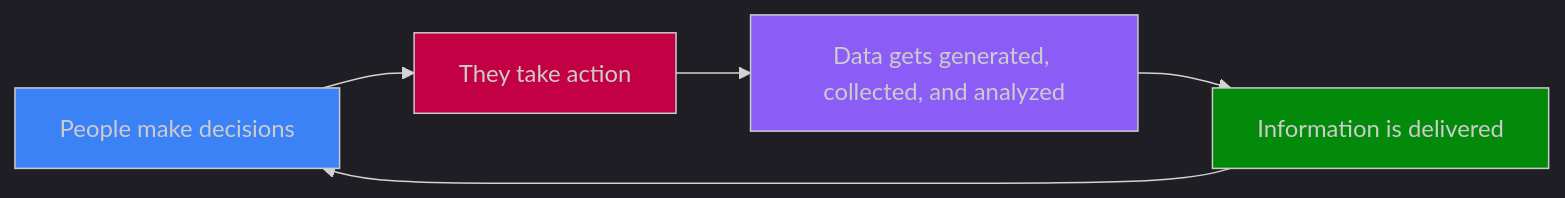
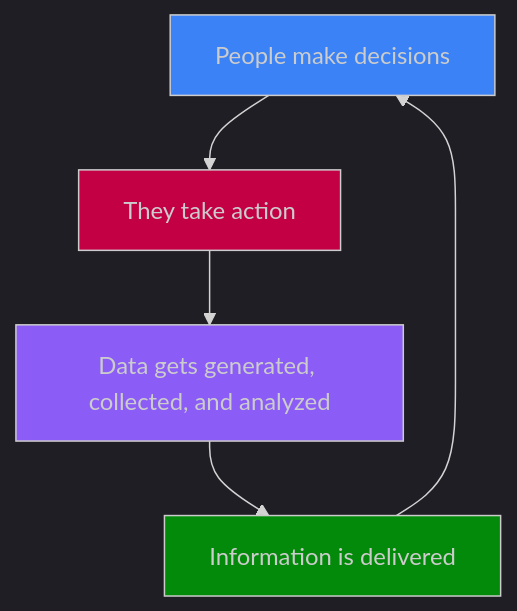
Before and after one commit to Konilo/the-data-pipeline: the diagram in the-data-pipeline/src/content/pages/en/introduction.mdx, drawn with Mermaid. The commit also changed other lines of this file and 6 other files, not shown here.

````diff
--- a/the-data-pipeline/src/content/pages/en/introduction.mdx
+++ b/the-data-pipeline/src/content/pages/en/introduction.mdx
@@ -12,17 +12,17 @@
 ```mermaid
 ---
 config:
   layout: dagre
   theme: dark
 ---
-flowchart LR
+flowchart TB
     A["People make decisions"] --> B["They take action"]
     B --> C["Data gets generated, collected, and analyzed"]
     C --> D["Information is delivered"]
     D --> A
 
     style A fill:#3b82f6,color:none
     style B fill:#c40045,color:none
     style C fill:#8b5cf6,color:none
     style D fill:#038a0a,color:none
 ```
````
